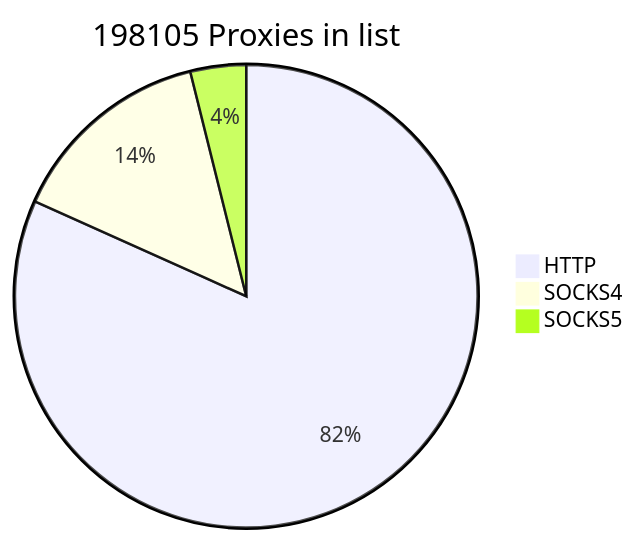
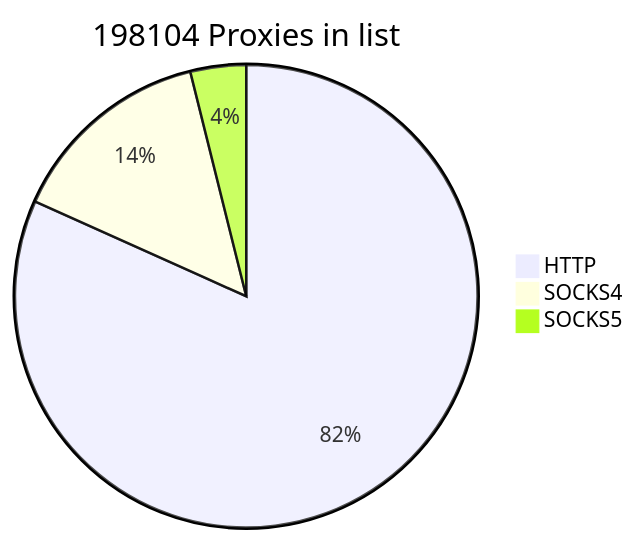
One commit to cutipu/proxylist changed the first of 2 diagrams in README.md. Above: the diagram before and after it, drawn with Mermaid. The commit also changed other lines of this file, not shown here.

````diff
--- a/README.md
+++ b/README.md
@@ -2,7 +2,7 @@
 ```mermaid
-pie title 198105 Proxies in list
+pie title 198104 Proxies in list
     "HTTP" : 161886
     "SOCKS4" : 28514
-    "SOCKS5" : 7705
+    "SOCKS5" : 7704
             
 ```
````
